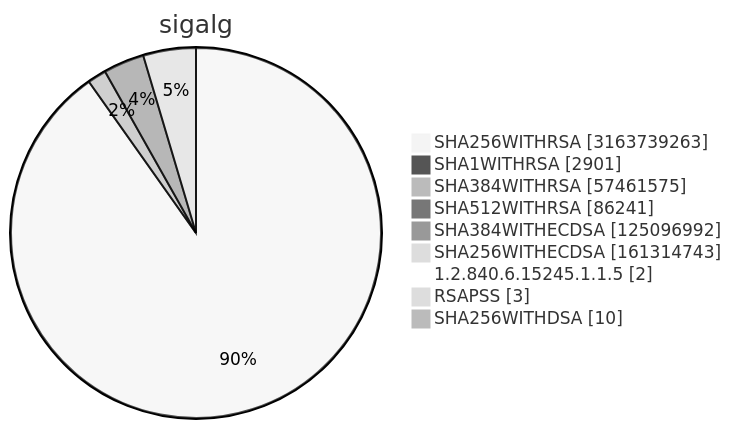
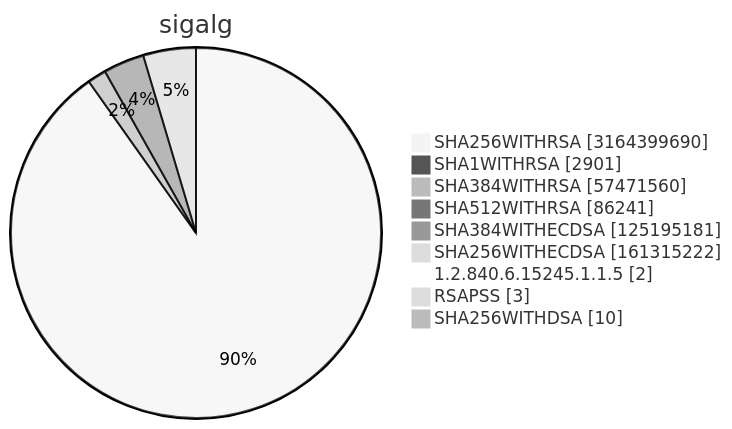
Before and after one commit to christiankrug/ctmonitor_visualization: diagram 15 of 15 in TOTAL/README.md, drawn with Mermaid (neutral theme). The commit also changed other lines of this file, not shown here.

````diff
--- a/TOTAL/README.md
+++ b/TOTAL/README.md
@@ -6215,13 +6215,13 @@
 ```mermaid
 pie showData
 title sigalg
-"SHA256WITHRSA" :3163739263
+"SHA256WITHRSA" :3164399690
 "SHA1WITHRSA" :2901
-"SHA384WITHRSA" :57461575
+"SHA384WITHRSA" :57471560
 "SHA512WITHRSA" :86241
-"SHA384WITHECDSA" :125096992
-"SHA256WITHECDSA" :161314743
+"SHA384WITHECDSA" :125195181
+"SHA256WITHECDSA" :161315222
 "1.2.840.6.15245.1.1.5" :2
 "RSAPSS" :3
 "SHA256WITHDSA" :10
 ```
````
